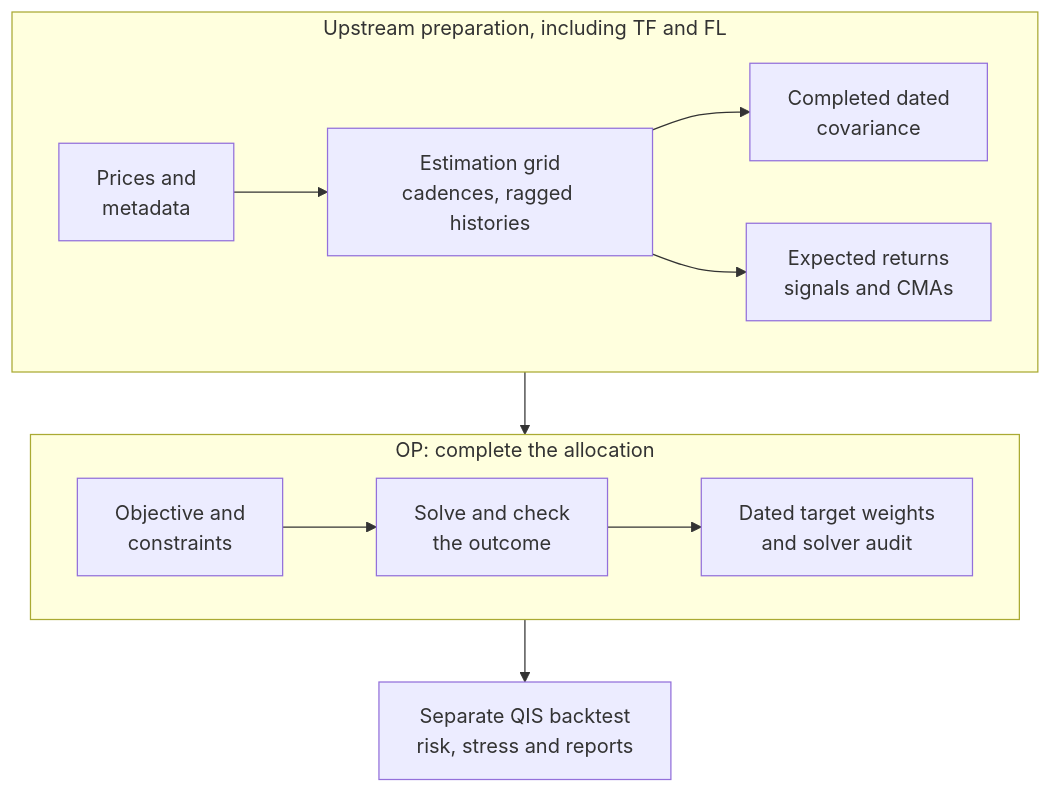
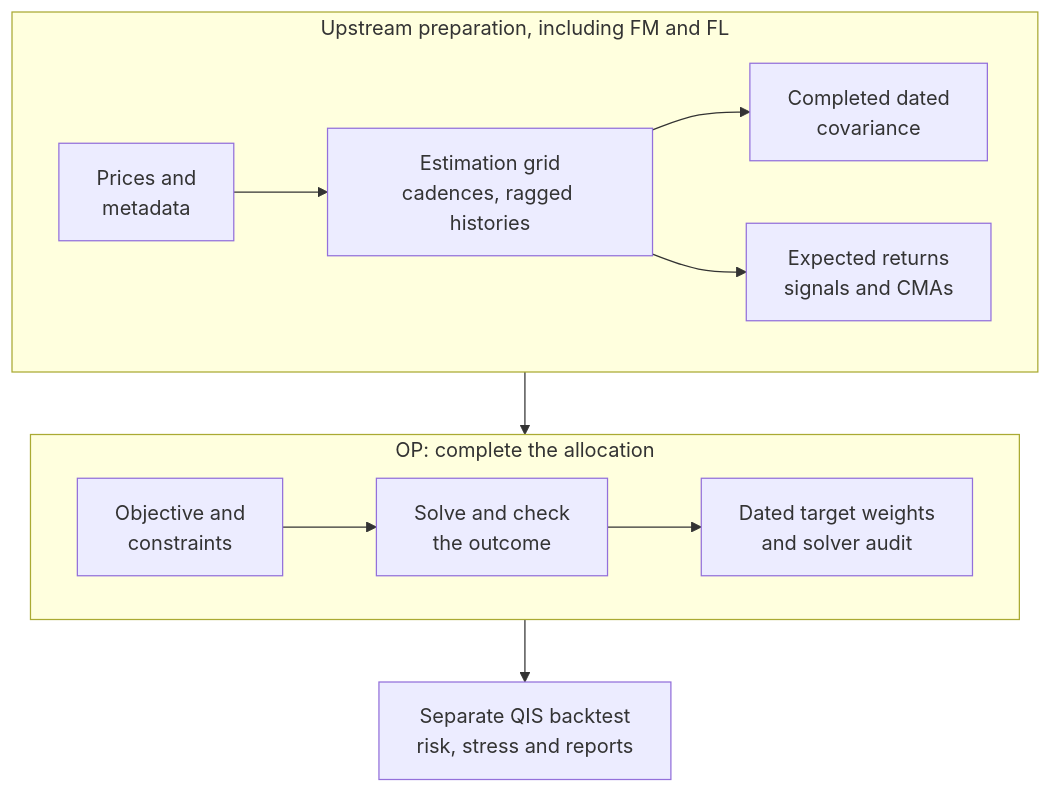
Before and after one commit to ArturSepp/OptimalPortfolios: the diagram in docs/index.md, drawn with Mermaid. The commit also changed other lines of this file and 109 other files, not shown here.

````diff
--- a/docs/index.md
+++ b/docs/index.md
@@ -103,15 +103,15 @@
 ```mermaid
 flowchart TB
-    subgraph estimate ["Upstream preparation, including TF and FL"]
+    subgraph estimate ["Upstream preparation, including FM and FL"]
         direction LR
         A["Prices and<br/>metadata"] --> B["Estimation grid<br/>cadences, ragged histories"]
         B --> C["Completed dated<br/>covariance"]
         B --> D["Expected returns<br/>signals and CMAs"]
     end
     subgraph construct ["OP: complete the allocation"]
         direction LR
         E["Objective and<br/>constraints"] --> F["Solve and check<br/>the outcome"] --> G["Dated target weights<br/>and solver audit"]
     end
     estimate --> construct
     G --> H["Separate QIS backtest<br/>risk, stress and reports"]
 ```
````
